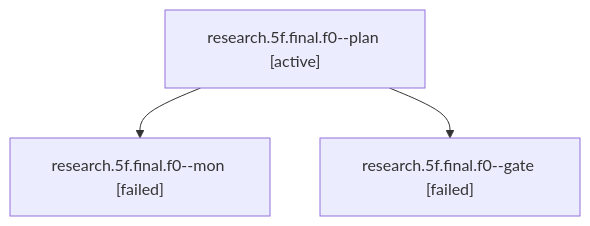
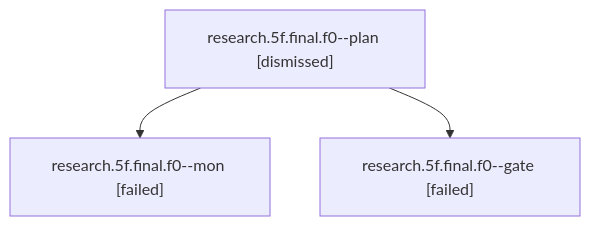
Before and after one commit to sase-org/sase--agents: the diagram in sessions/bbugyi200.athena.research.5f.final.f0.md, drawn with Mermaid. The commit also changed other lines of this file and 1348 other files, not shown here.

````diff
--- a/sessions/bbugyi200.athena.research.5f.final.f0.md
+++ b/sessions/bbugyi200.athena.research.5f.final.f0.md
@@ -9,8 +9,8 @@
 ```mermaid
 flowchart TD
-  n0["research.5f.final.f0--plan [active]"]
+  n0["research.5f.final.f0--plan [dismissed]"]
   n1["research.5f.final.f0--mon [failed]"]
   n0 --> n1
   n2["research.5f.final.f0--gate [failed]"]
   n0 --> n2
 ```
````
